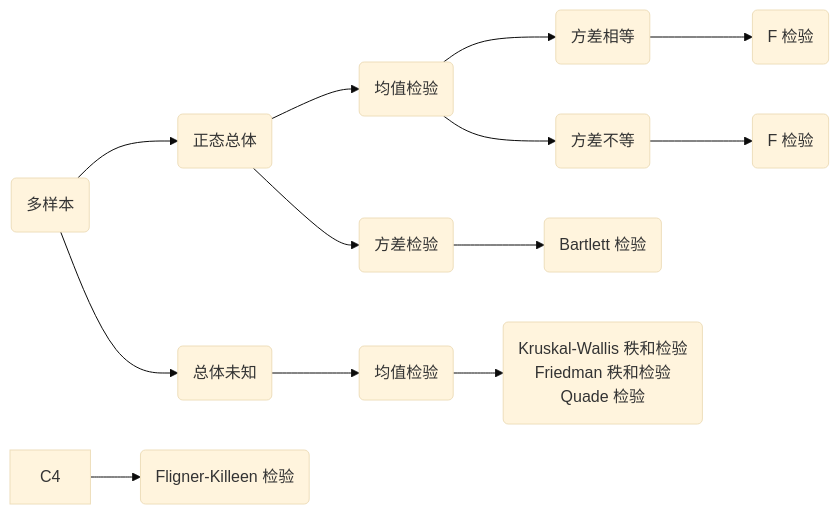
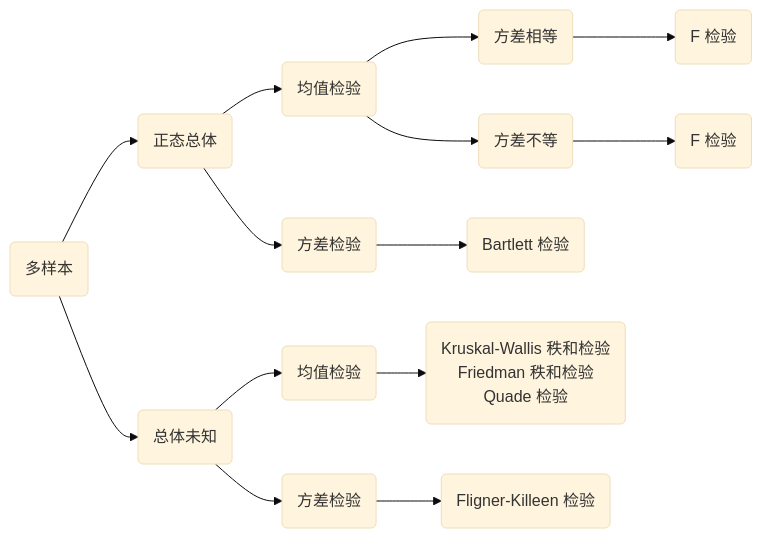
One commit to XiangyunHuang/data-analysis-in-action changed the third of 4 diagrams in common-statistical-tests.qmd. Above: the diagram before and after it, drawn with Mermaid (base theme). The commit also changed other lines of this file, not shown here.

````diff
--- a/common-statistical-tests.qmd
+++ b/common-statistical-tests.qmd
@@ -500,14 +499,14 @@
 ```{mermaid}
 %%| label: fig-k-samples
 %%| fig-cap: 多样本检验
 
 flowchart LR
   A(多样本) --> B1(正态总体)
   A  --> B2(总体未知)
   B1 --> C1(均值检验)
   C1 --> D2(方差相等) --> E2(F 检验)
   C1 --> D3(方差不等) --> E3(F 检验)
   B1 --> C2(方差检验) --> E4(Bartlett 检验)
   B2 --> C3(均值检验) --> E5(Kruskal-Wallis 秩和检验\n Friedman 秩和检验\n Quade 检验)
-  C4 --> E7(Fligner-Killeen 检验)
+  B2 --> C4(方差检验) --> E7(Fligner-Killeen 检验)
 ```
````
